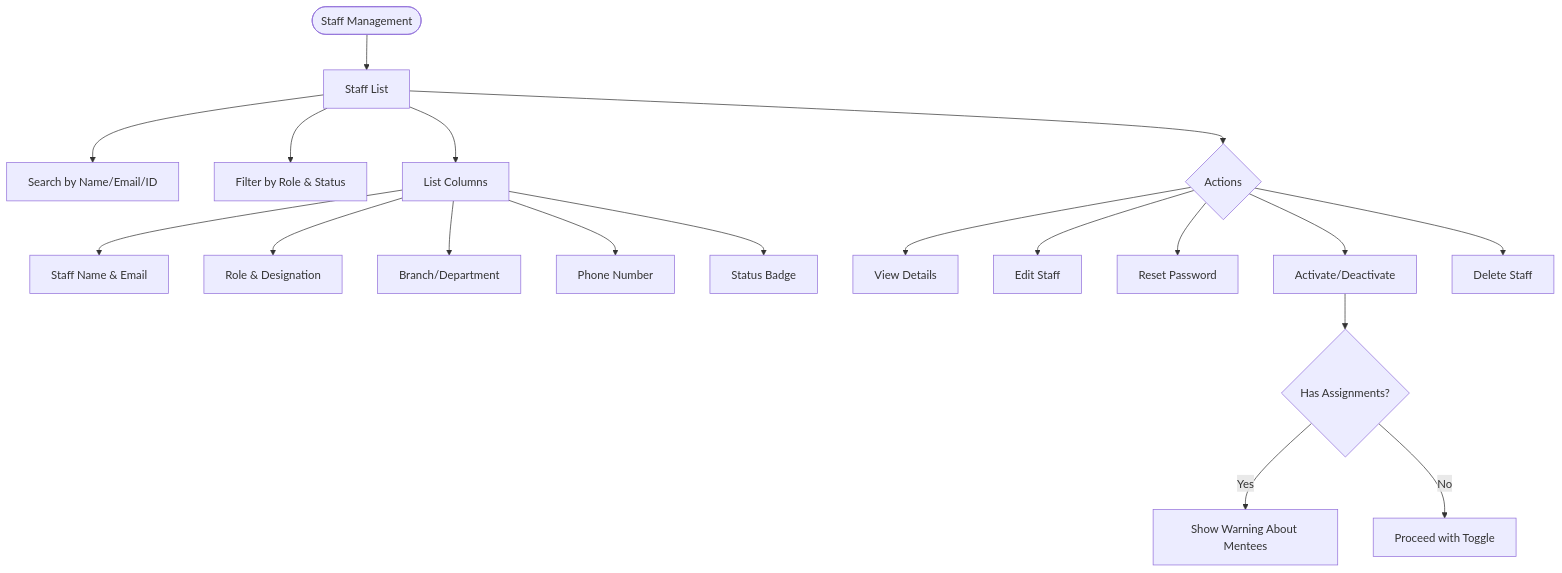
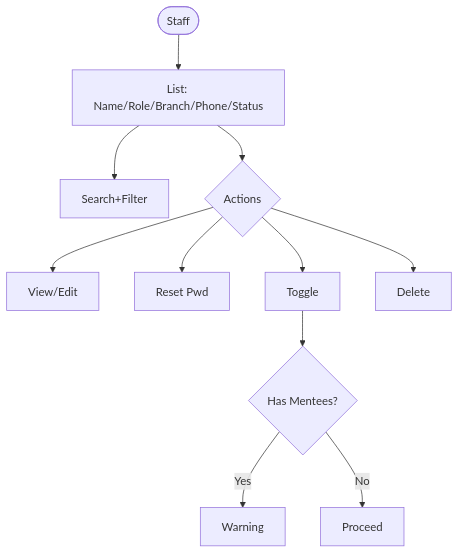
One commit to gunjangupta-gh/placeintern changed diagram 16 of 58 in INTERNSHIP_PORTAL_FLOW_DIAGRAMS.md. Above: the diagram before and after it, drawn with Mermaid. The commit also changed other lines of this file and 6 other files, not shown here.

````diff
--- a/INTERNSHIP_PORTAL_FLOW_DIAGRAMS.md
+++ b/INTERNSHIP_PORTAL_FLOW_DIAGRAMS.md
@@ -518,25 +240,12 @@
 ```mermaid
 flowchart TD
-    STAFF_MGMT([Staff Management]) --> LIST[Staff List]
-
-    LIST --> SEARCH[Search by Name/Email/ID]
-    LIST --> FILTER[Filter by Role & Status]
-
-    LIST --> COLS[List Columns]
-    COLS --> NAME[Staff Name & Email]
-    COLS --> ROLE[Role & Designation]
-    COLS --> BRANCH[Branch/Department]
-    COLS --> PHONE[Phone Number]
-    COLS --> STATUS[Status Badge]
-
-    LIST --> ACTIONS{Actions}
-    ACTIONS --> VIEW[View Details]
-    ACTIONS --> EDIT[Edit Staff]
-    ACTIONS --> RESET[Reset Password]
-    ACTIONS --> TOGGLE[Activate/Deactivate]
-    ACTIONS --> DELETE[Delete Staff]
-
-    TOGGLE --> WARNING{Has Assignments?}
-    WARNING --> |Yes| SHOW_WARNING[Show Warning About Mentees]
-    WARNING --> |No| PROCEED[Proceed with Toggle]
+    A([Staff])-->B[List: Name/Role/Branch/Phone/Status]
+    B-->C[Search+Filter]
+    B-->D{Actions}
+    D-->E[View/Edit]
+    D-->F[Reset Pwd]
+    D-->G[Toggle]-->H{Has Mentees?}
+    H-->|Yes|I[Warning]
+    H-->|No|J[Proceed]
+    D-->K[Delete]
 ```
````
